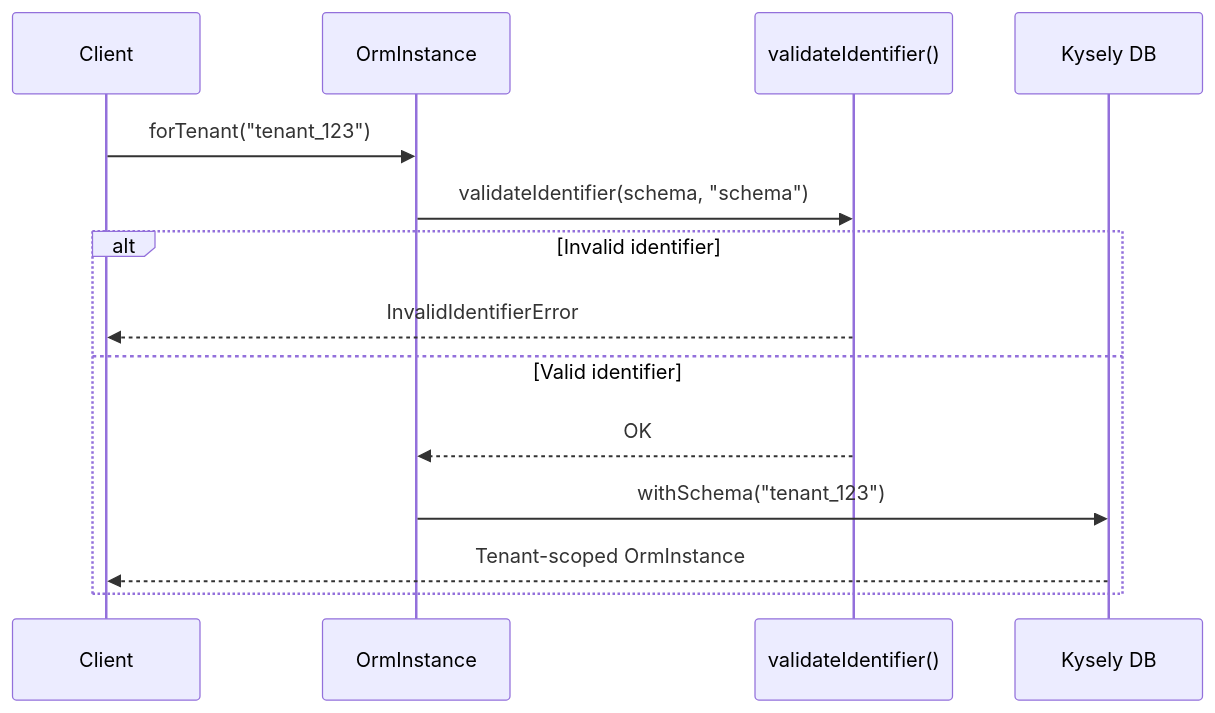
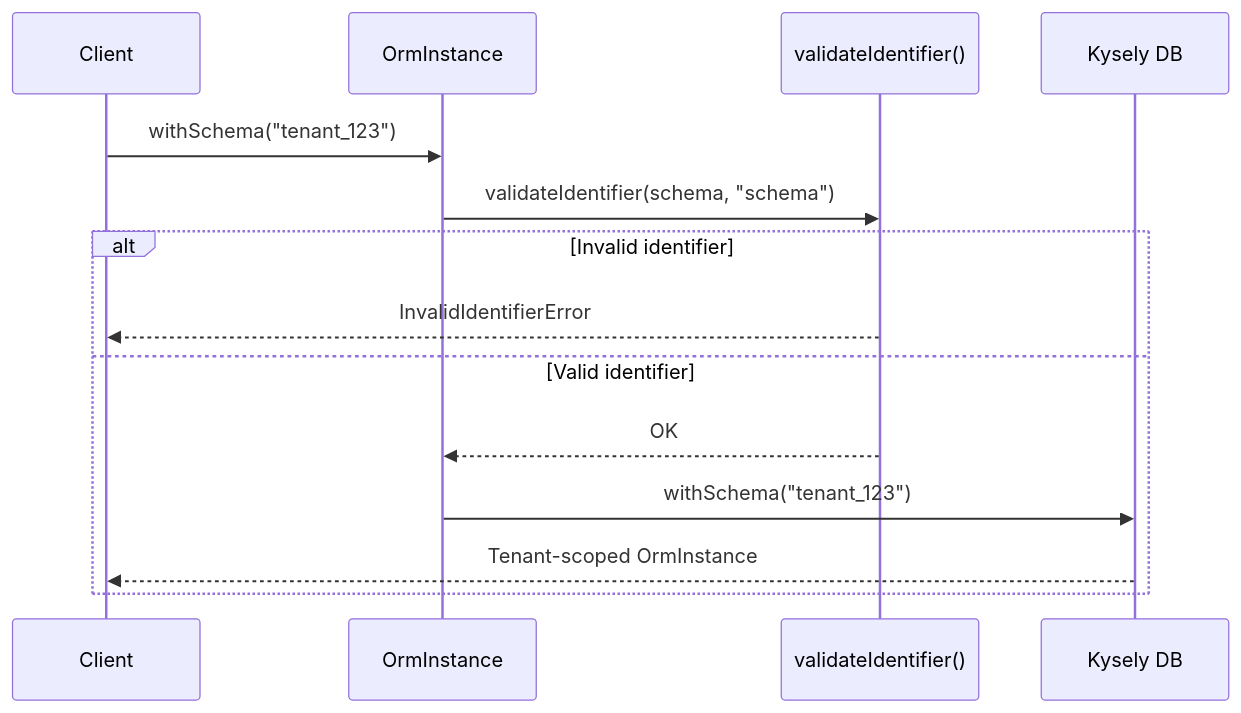
One commit to oorabona/db-semantic-planner changed the second of 5 diagrams in docs/reports/SECURITY_AUDIT_2026-01-08.md. Above: the diagram before and after it, drawn with Mermaid. The commit also changed other lines of this file and 102 other files, not shown here.

First line of the commit message:
feat(all): CLI-021 rename forTenant to withSchema

````diff
--- a/docs/reports/SECURITY_AUDIT_2026-01-08.md
+++ b/docs/reports/SECURITY_AUDIT_2026-01-08.md
@@ -58,17 +58,17 @@
 ```mermaid
 sequenceDiagram
     participant Client
     participant ORM as OrmInstance
     participant Validator as validateIdentifier()
     participant Kysely as Kysely DB
     
-    Client->>ORM: forTenant("tenant_123")
+    Client->>ORM: withSchema("tenant_123")
     ORM->>Validator: validateIdentifier(schema, "schema")
     alt Invalid identifier
         Validator-->>Client: InvalidIdentifierError
     else Valid identifier
         Validator-->>ORM: OK
         ORM->>Kysely: withSchema("tenant_123")
         Kysely-->>Client: Tenant-scoped OrmInstance
     end
 ```
````
